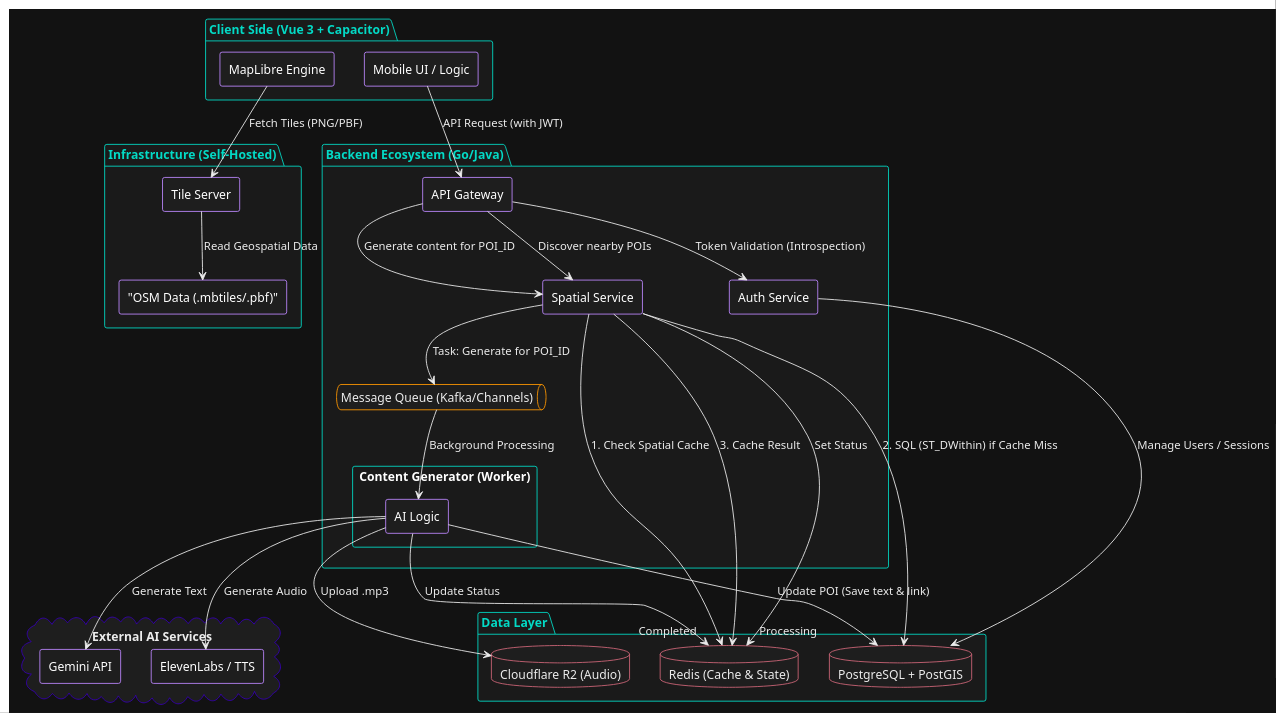
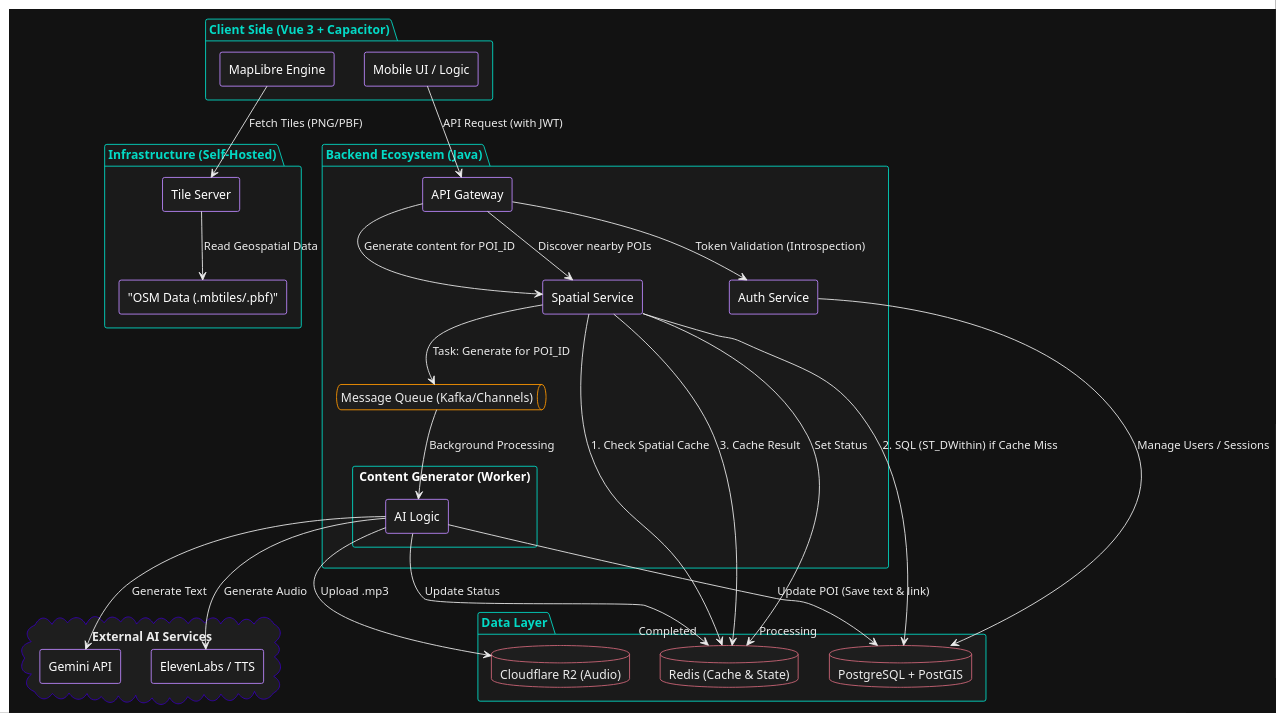
The diagram in docs/trippie-arch.puml (laa66/trippie), drawn with PlantUML before and after one commit.

```diff
--- a/docs/trippie-arch.puml
+++ b/docs/trippie-arch.puml
@@ -1,102 +1,102 @@
 @startuml
 !theme plain
 ' --- Dark Mode Styling ---
 skinparam backgroundColor #121212
 skinparam DefaultFontColor #ECECEC
 skinparam componentStyle rectangle
 
 skinparam component {
     BackgroundColor #1E1E1E
     BorderColor #BB86FC
     FontColor #FFFFFF
 }
 
 skinparam package {
     BackgroundColor #1A1A1A
     BorderColor #03DAC6
     FontColor #03DAC6
 }
 
 skinparam database {
     BackgroundColor #1E1E1E
     BorderColor #CF6679
 }
 
 skinparam queue {
     BackgroundColor #1E1E1E
     BorderColor #FF9800
 }
 
 skinparam cloud {
     BackgroundColor #1E1E1E
     BorderColor #3700B3
 }
 
 skinparam arrow {
     Color #ECECEC
     FontColor #ECECEC
 }
 
 ' --- Components ---
 
 package "Client Side (Vue 3 + Capacitor)" {
     [MapLibre Engine] as Maps
     [Mobile UI / Logic] as UI
 }
 
 package "Infrastructure (Self-Hosted)" {
     [Tile Server] as TileServer
     ["OSM Data (.mbtiles/.pbf)"] as OSM_Data
 }
 
-package "Backend Ecosystem (Go/Java)" {
+package "Backend Ecosystem (Java)" {
     [Auth Service] as Auth
     [API Gateway] as Gateway
     [Spatial Service] as Spatial
     
     queue "Message Queue (Kafka/Channels)" as Queue
     
     component "Content Generator (Worker)" {
         [AI Logic] as AI
     }
 }
 
 package "Data Layer" {
     database "PostgreSQL + PostGIS" as DB
     database "Cloudflare R2 (Audio)" as S3
     database "Redis (Cache & State)" as Redis
 }
 
 cloud "External AI Services" {
     [Gemini API] as Gemini
     [ElevenLabs / TTS] as Eleven
 }
 
 ' --- Relationships ---
 
 Maps --> TileServer : Fetch Tiles (PNG/PBF)
 TileServer --> OSM_Data : Read Geospatial Data
 
 UI --> Gateway : API Request (with JWT)
 Gateway --> Auth : Token Validation (Introspection)
 
 ' Spatial & Caching
 Gateway --> Spatial : "Discover nearby POIs"
 Spatial --> Redis : 1. Check Spatial Cache
 Spatial --> DB : 2. SQL (ST_DWithin) if Cache Miss
 Spatial --> Redis : 3. Cache Result
 
 ' Content Flow & Redis State
 Gateway --> Spatial : "Generate content for POI_ID"
 Spatial --> Queue : "Task: Generate for POI_ID"
 Spatial --> Redis : Set Status "Processing"
 
 Queue --> AI : Background Processing
 AI --> Gemini : Generate Text
 AI --> Eleven : Generate Audio
 AI --> S3 : Upload .mp3
 AI --> DB : Update POI (Save text & link)
 AI --> Redis : Update Status "Completed"
 
 Auth --> DB : Manage Users / Sessions
 @enduml
```
